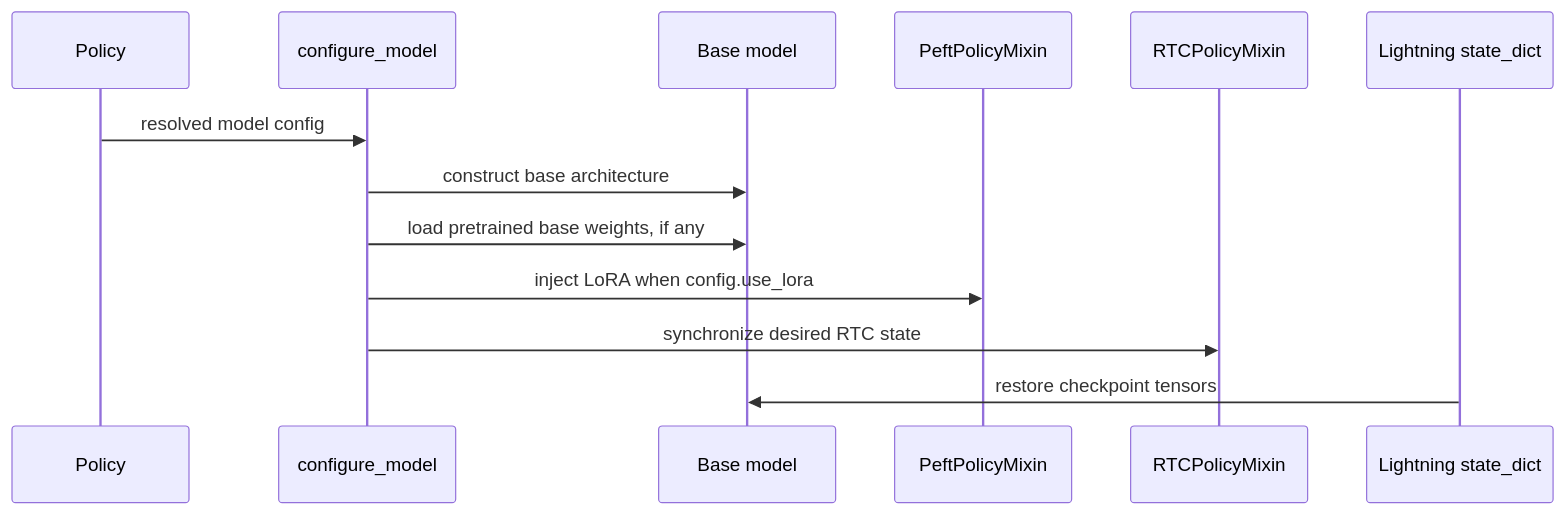
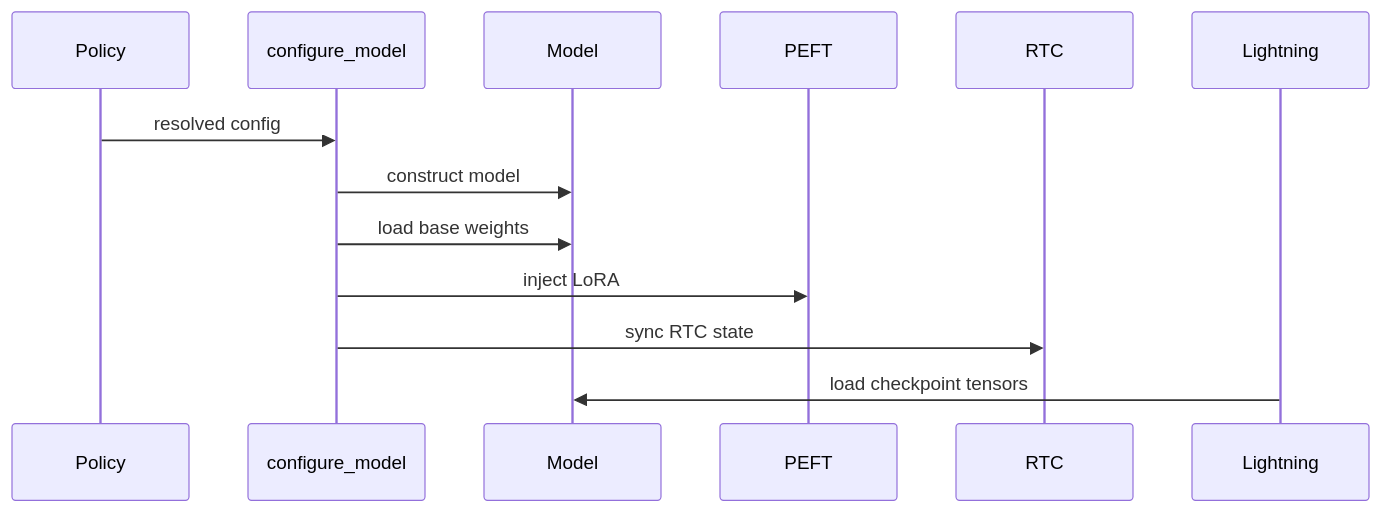
Before and after one commit to alfieroddan/physical-ai-studio: the fifth of 6 diagrams in library/docs/explanation/policy/current-policies.md, drawn with Mermaid. The commit also changed other lines of this file and 8 other files, not shown here.

````diff
--- a/library/docs/explanation/policy/current-policies.md
+++ b/library/docs/explanation/policy/current-policies.md
@@ -342,16 +212,16 @@
 ```mermaid
 sequenceDiagram
     participant P as Policy
     participant C as configure_model
-    participant M as Base model
-    participant L as PeftPolicyMixin
-    participant R as RTCPolicyMixin
-    participant S as Lightning state_dict
+    participant M as Model
+    participant L as PEFT
+    participant R as RTC
+    participant S as Lightning
 
-    P->>C: resolved model config
-    C->>M: construct base architecture
-    C->>M: load pretrained base weights, if any
-    C->>L: inject LoRA when config.use_lora
-    C->>R: synchronize desired RTC state
-    S->>M: restore checkpoint tensors
+    P->>C: resolved config
+    C->>M: construct model
+    C->>M: load base weights
+    C->>L: inject LoRA
+    C->>R: sync RTC state
+    S->>M: load checkpoint tensors
 ```
````
